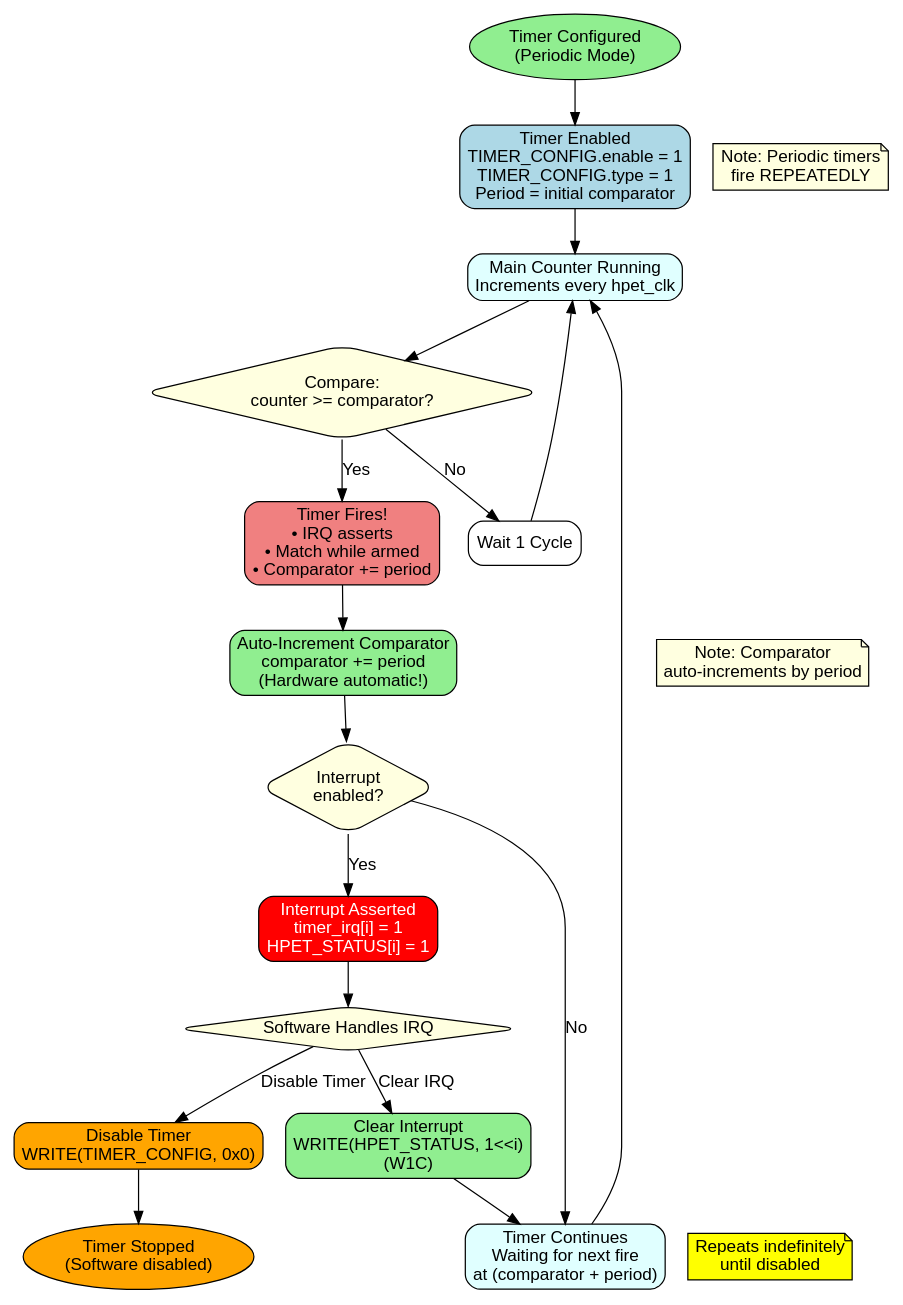
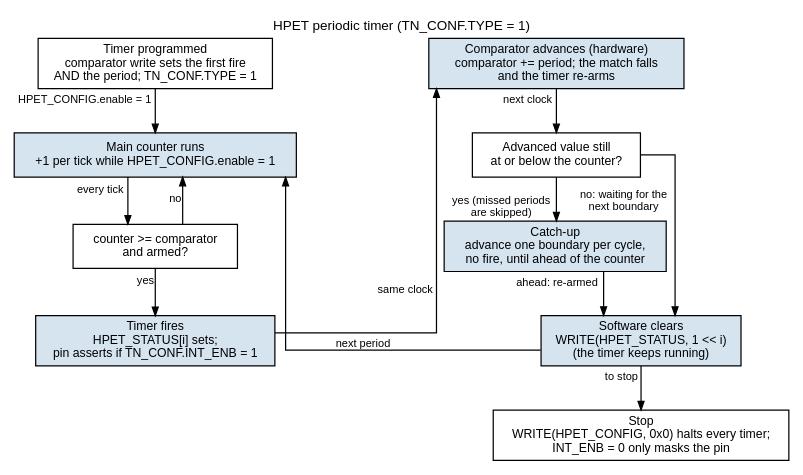
One commit to sean-galloway/RTLDesignSherpa changed the diagram in projects/components/legacy-ip/retro_legacy_blocks/docs/hpet_mas/assets/graphviz/periodic_timer.dot. Above: the diagram before and after it, drawn with Graphviz. The commit also changed 323 other files, not shown here.

```diff
--- a/projects/components/legacy-ip/retro_legacy_blocks/docs/hpet_mas/assets/graphviz/periodic_timer.dot
+++ b/projects/components/legacy-ip/retro_legacy_blocks/docs/hpet_mas/assets/graphviz/periodic_timer.dot
@@ -1,64 +1,40 @@
-// HPET Periodic Timer Operation
-// Render with: dot -Tpng periodic_timer.dot -o periodic_timer.png
+// HPET periodic timer operation - a procedure in the house decision-tree
+// vocabulary (white questions, blue actions, every arrow labeled).
+// Behavior per rtl/hpet/hpet_core.sv: the comparator advances by the period
+// on each fire, a late timer catches up one boundary per cycle without
+// firing, and only HPET_CONFIG.enable = 0 stops it (no per-timer run enable).
+digraph periodic_timer {
+    graph [rankdir=TB, bgcolor="white", fontname="Helvetica", fontsize=11,
+           nodesep="0.45", ranksep="0.50", splines=ortho, newrank=true,
+           label="HPET periodic timer (TN_CONF.TYPE = 1)", labelloc=t, labeljust=c];
+    node  [fontname="Helvetica", fontsize=10, shape=box, style=filled,
+           fillcolor="#D6E4F0", color="black", margin="0.12,0.06"];
+    edge  [fontname="Helvetica", fontsize=9, color="black", arrowsize=0.7];
+    start [group=A, label="Timer programmed\ncomparator write sets the first fire\nAND the period; TN_CONF.TYPE = 1", fillcolor="white"];
+    run   [group=A, label="Main counter runs\n+1 per tick while HPET_CONFIG.enable = 1"];
+    match [group=A, label="counter >= comparator\nand armed?", fillcolor="white"];
+    fire  [group=A, label="Timer fires\nHPET_STATUS[i] sets;\npin asserts if TN_CONF.INT_ENB = 1"];
+    adv   [group=B, label="Comparator advances (hardware)\ncomparator += period; the match falls\nand the timer re-arms"];
+    late  [group=B, label="Advanced value still\nat or below the counter?", fillcolor="white"];
+    catch [group=B, label="Catch-up\nadvance one boundary per cycle,\nno fire, until ahead of the counter"];
+    clr   [group=B, label="Software clears\nWRITE(HPET_STATUS, 1 << i)\n(the timer keeps running)"];
+    stop  [group=B, label="Stop\nWRITE(HPET_CONFIG, 0x0) halts every timer;\nINT_ENB = 0 only masks the pin", fillcolor="white"];
 
-digraph periodic_timer {
-    rankdir=TB;
-    node [shape=box, style="rounded,filled", fillcolor=lightblue, fontname="Arial"];
-    edge [fontname="Arial"];
+    start -> run   [xlabel="HPET_CONFIG.enable = 1"];
+    run   -> match [xlabel="every tick"];
+    match -> run   [xlabel="no", constraint=false];
+    match -> fire  [xlabel="yes"];
+    fire  -> adv   [xlabel="same clock"];
+    adv   -> late  [xlabel="next clock"];
+    late  -> catch [xlabel="yes (missed periods\nare skipped)"];
+    late  -> clr   [xlabel="no: waiting for the\nnext boundary"];
+    catch -> clr   [xlabel="ahead: re-armed"];
+    clr   -> stop  [xlabel="to stop"];
+    clr   -> run   [xlabel="next period", constraint=false];
 
-    start [label="Timer Configured\n(Periodic Mode)", shape=ellipse, fillcolor=lightgreen];
-
-    start -> timer_enabled;
-
-    timer_enabled [label="Timer Enabled\nTIMER_CONFIG.enable = 1\nTIMER_CONFIG.type = 1\nPeriod = initial comparator"];
-    timer_enabled -> counter_running;
-
-    counter_running [label="Main Counter Running\nIncrements every hpet_clk", fillcolor=lightcyan];
-    counter_running -> compare;
-
-    compare [label="Compare:\ncounter >= comparator?", shape=diamond, fillcolor=lightyellow];
-    compare -> wait_cycle [label="No"];
-    compare -> fire_detect [label="Yes"];
-
-    wait_cycle [label="Wait 1 Cycle", fillcolor=white];
-    wait_cycle -> counter_running;
-
-    fire_detect [label="Timer Fires!\n• IRQ asserts\n• Match while armed\n• Comparator += period", fillcolor=lightcoral];
-    fire_detect -> auto_increment;
-
-    auto_increment [label="Auto-Increment Comparator\ncomparator += period\n(Hardware automatic!)", fillcolor=lightgreen];
-    auto_increment -> irq_check;
-
-    irq_check [label="Interrupt\nenabled?", shape=diamond, fillcolor=lightyellow];
-    irq_check -> irq_assert [label="Yes"];
-    irq_check -> continue_running [label="No"];
-
-    irq_assert [label="Interrupt Asserted\ntimer_irq[i] = 1\nHPET_STATUS[i] = 1", fillcolor=red, fontcolor=white];
-    irq_assert -> sw_action;
-
-    sw_action [label="Software Handles IRQ", shape=diamond, fillcolor=lightyellow];
-    sw_action -> sw_clear [label="Clear IRQ"];
-    sw_action -> sw_disable [label="Disable Timer"];
-
-    sw_clear [label="Clear Interrupt\nWRITE(HPET_STATUS, 1<<i)\n(W1C)", fillcolor=lightgreen];
-    sw_clear -> continue_running;
-
-    sw_disable [label="Disable Timer\nWRITE(TIMER_CONFIG, 0x0)", fillcolor=orange];
-    sw_disable -> end;
-
-    continue_running [label="Timer Continues\nWaiting for next fire\nat (comparator + period)", fillcolor=lightcyan];
-    continue_running -> counter_running;
-
-    end [label="Timer Stopped\n(Software disabled)", shape=ellipse, fillcolor=orange];
-
-    // Loop annotation
-    loop [label="Repeats indefinitely\nuntil disabled", shape=note, fillcolor=yellow, style=filled];
-
-    // Notes
-    note1 [label="Note: Periodic timers\nfire REPEATEDLY", shape=note, fillcolor=lightyellow, style=filled];
-    note2 [label="Note: Comparator\nauto-increments by period", shape=note, fillcolor=lightyellow, style=filled];
-
-    {rank=same; timer_enabled; note1;}
-    {rank=same; auto_increment; note2;}
-    {rank=same; continue_running; loop;}
+    { rank=same; start; adv; }
+    { rank=same; run; late; }
+    { rank=same; match; catch; }
+    { rank=same; fire; clr; }
+    start -> adv [style=invis, minlen=4];
 }
```
